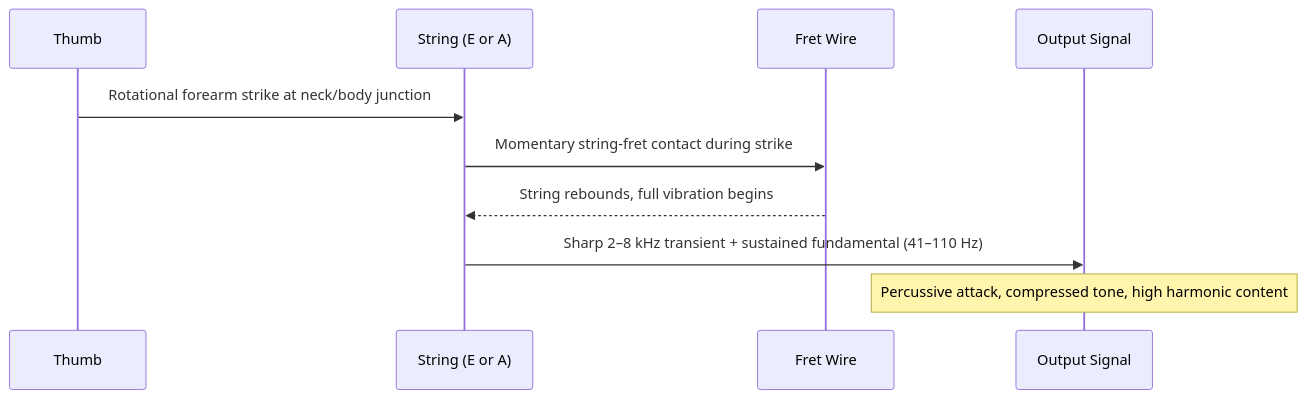
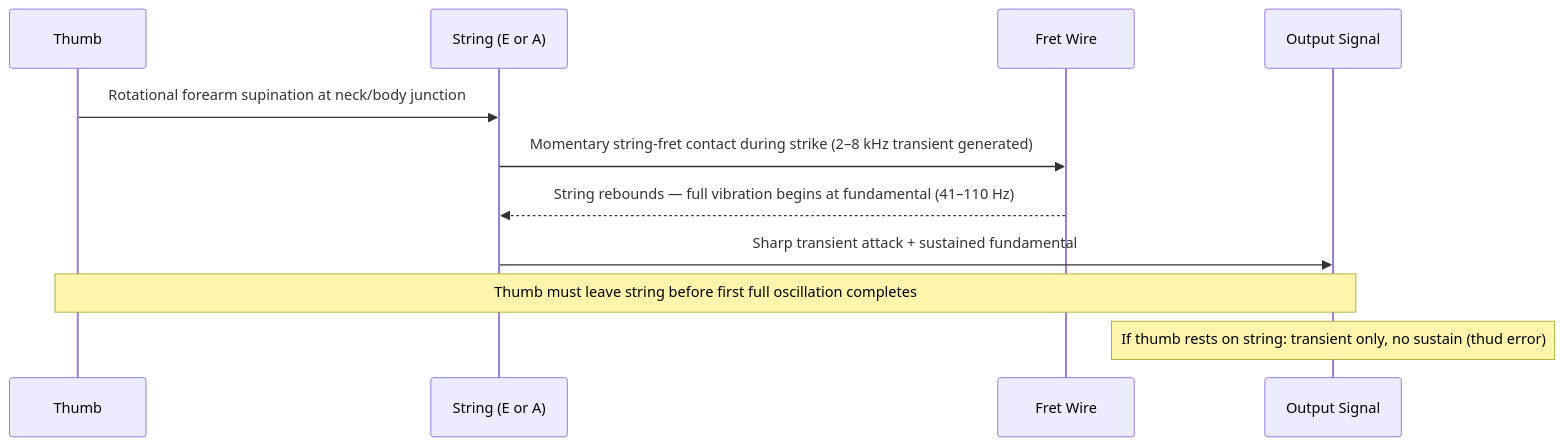
One commit to blebleblee/synapse changed the third of 5 diagrams in topics/arts/music_performance/bass_guitar/labs.md. Above: the diagram before and after it, drawn with Mermaid. The commit also changed other lines of this file and 4 other files, not shown here.

````diff
--- a/topics/arts/music_performance/bass_guitar/labs.md
+++ b/topics/arts/music_performance/bass_guitar/labs.md
@@ -354,13 +524,14 @@
 ```mermaid
 sequenceDiagram
     participant T as Thumb
     participant S as String (E or A)
     participant F as Fret Wire
     participant O as Output Signal
 
-    T->>S: Rotational forearm strike at neck/body junction
-    S->>F: Momentary string-fret contact during strike
-    F-->>S: String rebounds, full vibration begins
-    S->>O: Sharp 2–8 kHz transient + sustained fundamental (41–110 Hz)
-    Note over O: Percussive attack, compressed tone, high harmonic content
+    T->>S: Rotational forearm supination at neck/body junction
+    S->>F: Momentary string-fret contact during strike (2–8 kHz transient generated)
+    F-->>S: String rebounds — full vibration begins at fundamental (41–110 Hz)
+    S->>O: Sharp transient attack + sustained fundamental
+    Note over T,O: Thumb must leave string before first full oscillation completes
+    Note over O: If thumb rests on string: transient only, no sustain (thud error)
 ```
````
